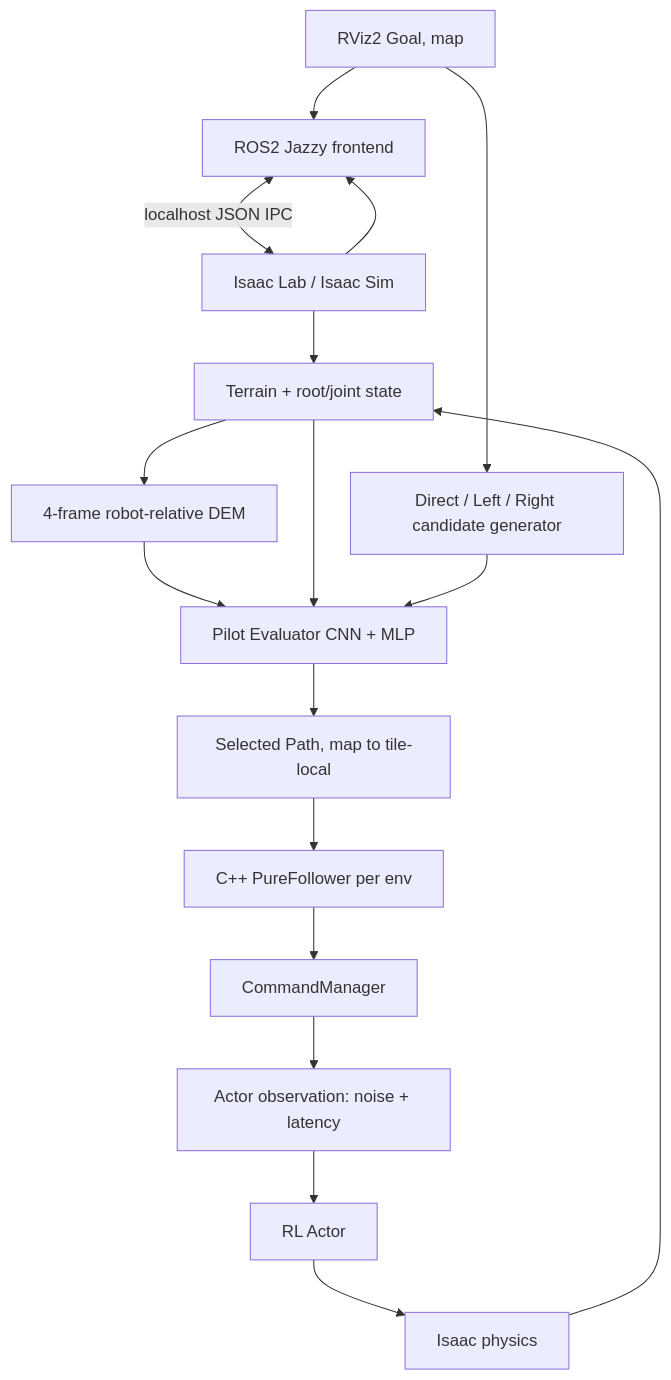
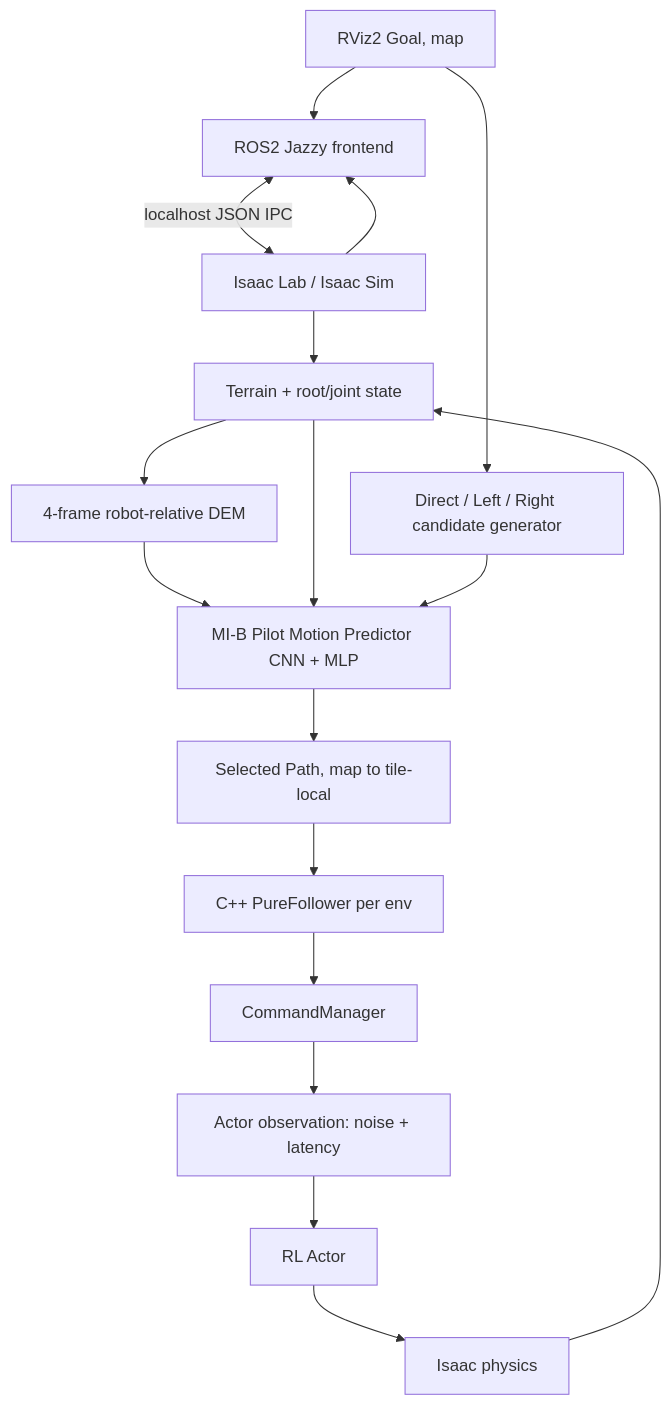
One commit to TohokuQuix/visualnav-transformer-ros2 changed the diagram in docs/eat-nav/experiment_pipeline.md. Above: the diagram before and after it, drawn with Mermaid. The commit also changed other lines of this file and 8 other files, not shown here.

````diff
--- a/docs/eat-nav/experiment_pipeline.md
+++ b/docs/eat-nav/experiment_pipeline.md
@@ -17,19 +15,19 @@
 ```mermaid
 flowchart TD
     G[RViz2 Goal, map] --> F[ROS2 Jazzy frontend]
     F <-->|localhost JSON IPC| S[Isaac Lab / Isaac Sim]
     S --> T[Terrain + root/joint state]
     T --> D[4-frame robot-relative DEM]
     G --> P[Direct / Left / Right candidate generator]
-    D --> E[Pilot Evaluator CNN + MLP]
+    D --> E[MI-B Pilot Motion Predictor CNN + MLP]
     T --> E
     P --> E
     E --> C[Selected Path, map to tile-local]
     C --> PF[C++ PureFollower per env]
     PF --> CM[CommandManager]
     CM --> AO[Actor observation: noise + latency]
     AO --> RL[RL Actor]
     RL --> PH[Isaac physics]
     PH --> T
     S --> F
 ```
````
